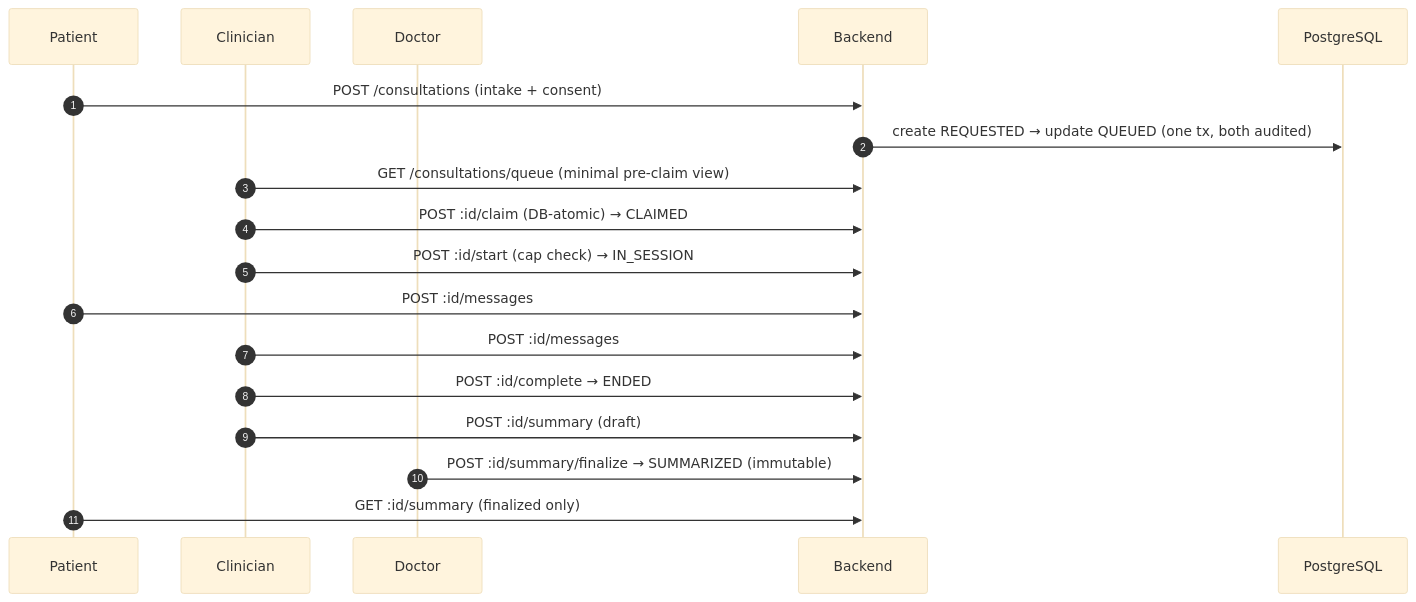
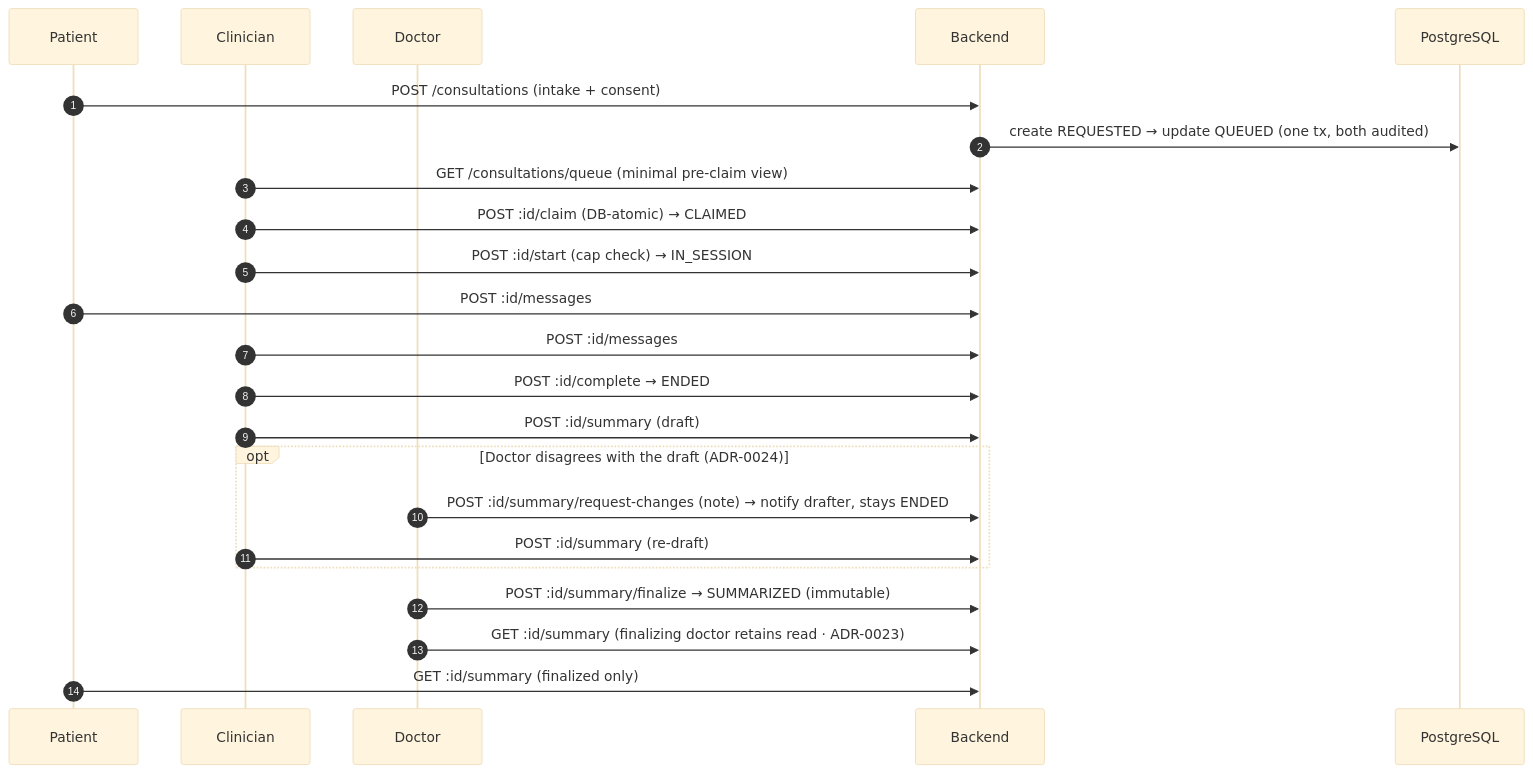
Before and after one commit to akritiupreti/virtual-consultation-platform: the sixth of 13 diagrams in docs/architecture.md, drawn with Mermaid (base theme). The commit also changed 20 other files, not shown here.

````diff
--- a/docs/architecture.md
+++ b/docs/architecture.md
@@ -254,21 +254,26 @@
 ```mermaid
 sequenceDiagram
     autonumber
     participant P as Patient
     participant C as Clinician
     participant D as Doctor
     participant API as Backend
     participant DB as PostgreSQL
 
     P->>API: POST /consultations (intake + consent)
     API->>DB: create REQUESTED → update QUEUED (one tx, both audited)
     C->>API: GET /consultations/queue (minimal pre-claim view)
     C->>API: POST :id/claim  (DB-atomic) → CLAIMED
     C->>API: POST :id/start  (cap check) → IN_SESSION
     P->>API: POST :id/messages
     C->>API: POST :id/messages
     C->>API: POST :id/complete → ENDED
     C->>API: POST :id/summary (draft)
+    opt Doctor disagrees with the draft (ADR-0024)
+        D->>API: POST :id/summary/request-changes (note) → notify drafter, stays ENDED
+        C->>API: POST :id/summary (re-draft)
+    end
     D->>API: POST :id/summary/finalize → SUMMARIZED (immutable)
+    D->>API: GET :id/summary (finalizing doctor retains read · ADR-0023)
     P->>API: GET :id/summary (finalized only)
 ```
````
